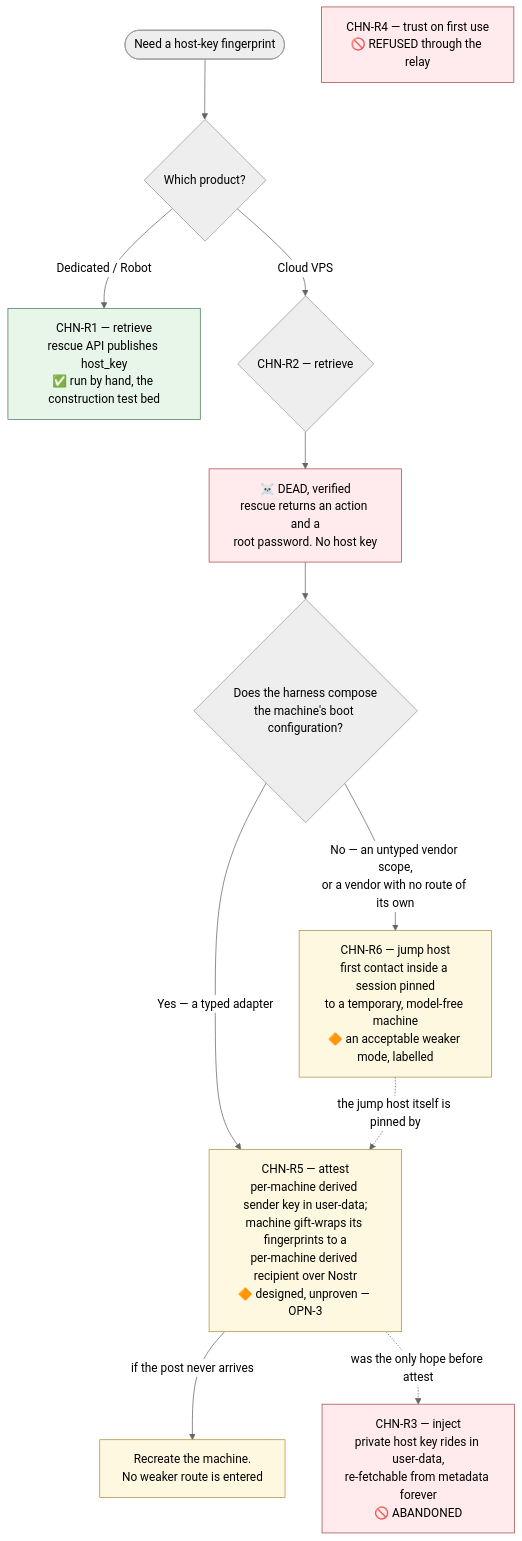
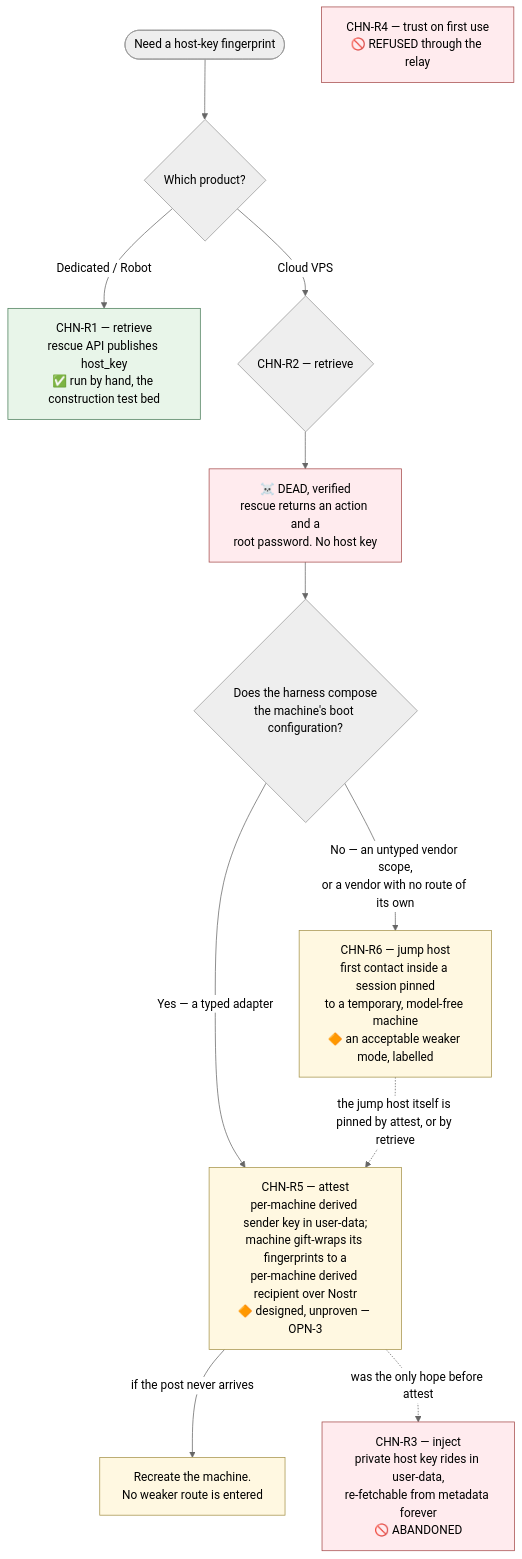
One commit to douglaz/tau-web-spec changed the first of 2 diagrams in 02-channel.md. Above: the diagram before and after it, drawn with Mermaid (neutral theme). The commit also changed 13 other files, not shown here.

````diff
--- a/02-channel.md
+++ b/02-channel.md
@@ -32,20 +32,20 @@
 ```mermaid
 flowchart TD
     START([Need a host-key fingerprint]) --> PROD{Which product?}
     PROD -->|Dedicated / Robot| R1["CHN-R1 — retrieve<br/>rescue API publishes host_key<br/>✅ run by hand, the construction test bed"]
     PROD -->|Cloud VPS| R2{"CHN-R2 — retrieve"}
     R2 --> R2D["☠️ DEAD, verified<br/>rescue returns an action and a<br/>root password. No host key"]
     R2D --> BOOT{"Does the harness compose<br/>the machine's boot configuration?"}
     BOOT -->|"Yes — a typed adapter"| R5["CHN-R5 — attest<br/>per-machine derived sender key in user-data;<br/>machine gift-wraps its fingerprints to a<br/>per-machine derived recipient over Nostr<br/>🔶 designed, unproven — OPN-3"]
     BOOT -->|"No — an untyped vendor scope,<br/>or a vendor with no route of its own"| R6["CHN-R6 — jump host<br/>first contact inside a session pinned<br/>to a temporary, model-free machine<br/>🔶 an acceptable weaker mode, labelled"]
     R5 -->|"if the post never arrives"| RC["Recreate the machine.<br/>No weaker route is entered"]
-    R6 -.->|"the jump host itself is pinned by"| R5
+    R6 -.->|"the jump host itself is pinned by attest, or by retrieve"| R5
     R5 -.->|"was the only hope before attest"| R3["CHN-R3 — inject<br/>private host key rides in user-data,<br/>re-fetchable from metadata forever<br/>🚫 ABANDONED"]
     R4["CHN-R4 — trust on first use<br/>🚫 REFUSED through the relay"]
     classDef live fill:#e8f5e9,stroke:#4a7c59
     classDef dead fill:#ffebee,stroke:#a54a4a
     classDef pending fill:#fff8e1,stroke:#a5934a
     class R1 live
     class R2D,R3,R4 dead
     class R5,R6,RC pending
 ```
````
